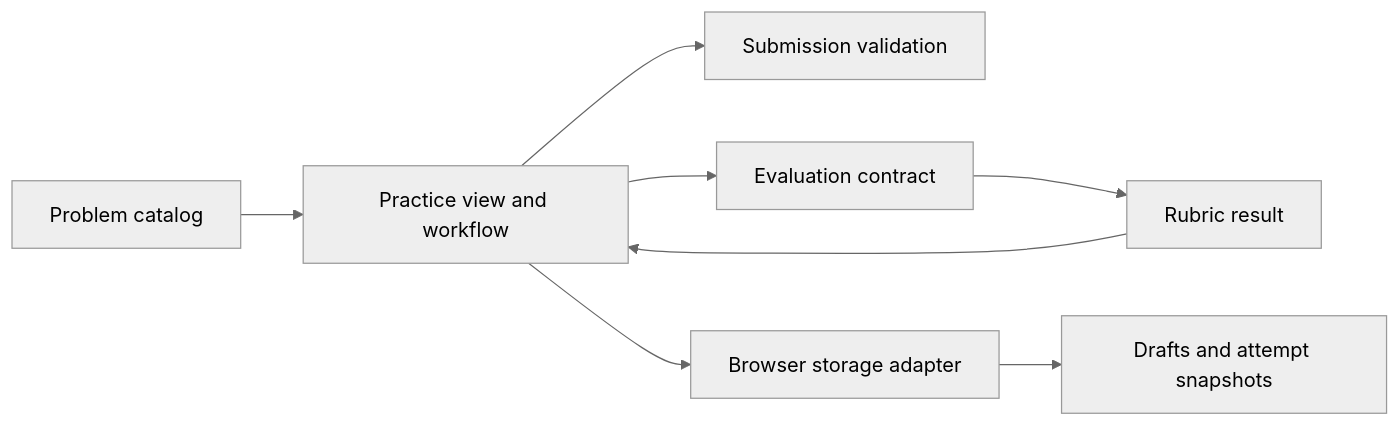
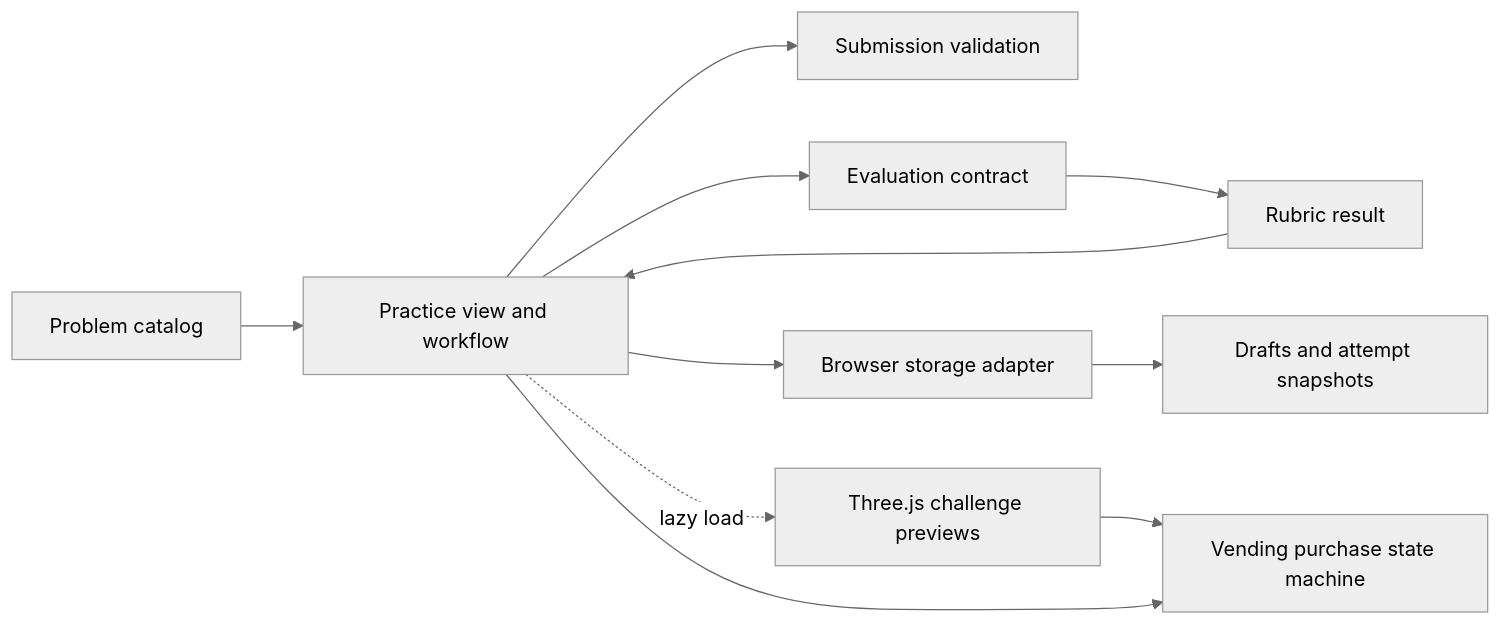
Before and after one commit to Gautam-aman/Cipher-Assessment: the diagram in docs/ARCHITECTURE.md, drawn with Mermaid (neutral theme). The commit also changed other lines of this file and 12 other files, not shown here.

````diff
--- a/docs/ARCHITECTURE.md
+++ b/docs/ARCHITECTURE.md
@@ -5,10 +5,13 @@
 ```mermaid
 flowchart LR
   P[Problem catalog] --> UI[Practice view and workflow]
   UI --> V[Submission validation]
   UI --> E[Evaluation contract]
   UI --> S[Browser storage adapter]
+  UI -. lazy load .-> V3[Three.js challenge previews]
+  V3 --> VM[Vending purchase state machine]
+  UI --> VM
   E --> R[Rubric result]
   R --> UI
   S --> A[Drafts and attempt snapshots]
 ```
````
